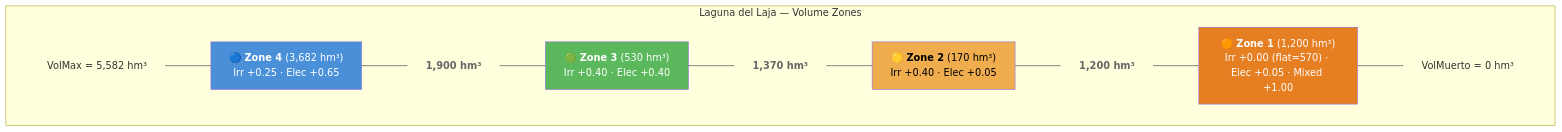
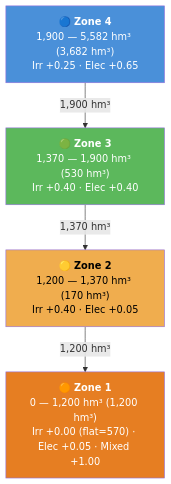
The fourth of 4 diagrams in scripts/plp2gtopt/templates/laja.md (marcelomatus/gtopt), drawn with Mermaid before and after one commit. The commit also changed 1 other file, not shown here.

Commit message:
fix: simplify volume zone mermaid diagrams to clean vertical stacks
Remove invisible spacer nodes and subgraph wrappers. Zones now stack
directly with volume boundaries shown as edge labels, making the
vertical layout cleaner and more compact.

````diff
--- a/scripts/plp2gtopt/templates/laja.md
+++ b/scripts/plp2gtopt/templates/laja.md
@@ -306,27 +306,15 @@
 ```mermaid
 graph TD
-    subgraph "Laguna del Laja — Volume Zones"
-        TOP["VolMax = 5,582 hm³"] --- Z4
-        Z4["🔵 <b>Zone 4</b> (3,682 hm³)<br/>Irr +0.25 · Elec +0.65"]
-        Z4 --- B3["1,900 hm³"]
-        B3 --- Z3
-        Z3["🟢 <b>Zone 3</b> (530 hm³)<br/>Irr +0.40 · Elec +0.40"]
-        Z3 --- B2["1,370 hm³"]
-        B2 --- Z2
-        Z2["🟡 <b>Zone 2</b> (170 hm³)<br/>Irr +0.40 · Elec +0.05"]
-        Z2 --- B1["1,200 hm³"]
-        B1 --- Z1
-        Z1["🟠 <b>Zone 1</b> (1,200 hm³)<br/>Irr +0.00 (flat=570) · Elec +0.05 · Mixed +1.00"]
-        Z1 --- BOT["VolMuerto = 0 hm³"]
-    end
+    Z4["🔵 <b>Zone 4</b><br/>1,900 — 5,582 hm³ (3,682 hm³)<br/>Irr +0.25 · Elec +0.65"]
+    Z4 -->|"1,900 hm³"| Z3
+    Z3["🟢 <b>Zone 3</b><br/>1,370 — 1,900 hm³ (530 hm³)<br/>Irr +0.40 · Elec +0.40"]
+    Z3 -->|"1,370 hm³"| Z2
+    Z2["🟡 <b>Zone 2</b><br/>1,200 — 1,370 hm³ (170 hm³)<br/>Irr +0.40 · Elec +0.05"]
+    Z2 -->|"1,200 hm³"| Z1
+    Z1["🟠 <b>Zone 1</b><br/>0 — 1,200 hm³ (1,200 hm³)<br/>Irr +0.00 (flat=570) · Elec +0.05 · Mixed +1.00"]
 
     style Z4 fill:#4a90d9,color:#fff
     style Z3 fill:#5cb85c,color:#fff
     style Z2 fill:#f0ad4e,color:#000
     style Z1 fill:#e67e22,color:#fff
-    style TOP fill:none,stroke:none,color:#333
-    style B3 fill:none,stroke:none,color:#666,font-weight:bold
-    style B2 fill:none,stroke:none,color:#666,font-weight:bold
-    style B1 fill:none,stroke:none,color:#666,font-weight:bold
-    style BOT fill:none,stroke:none,color:#333
 ```
````
